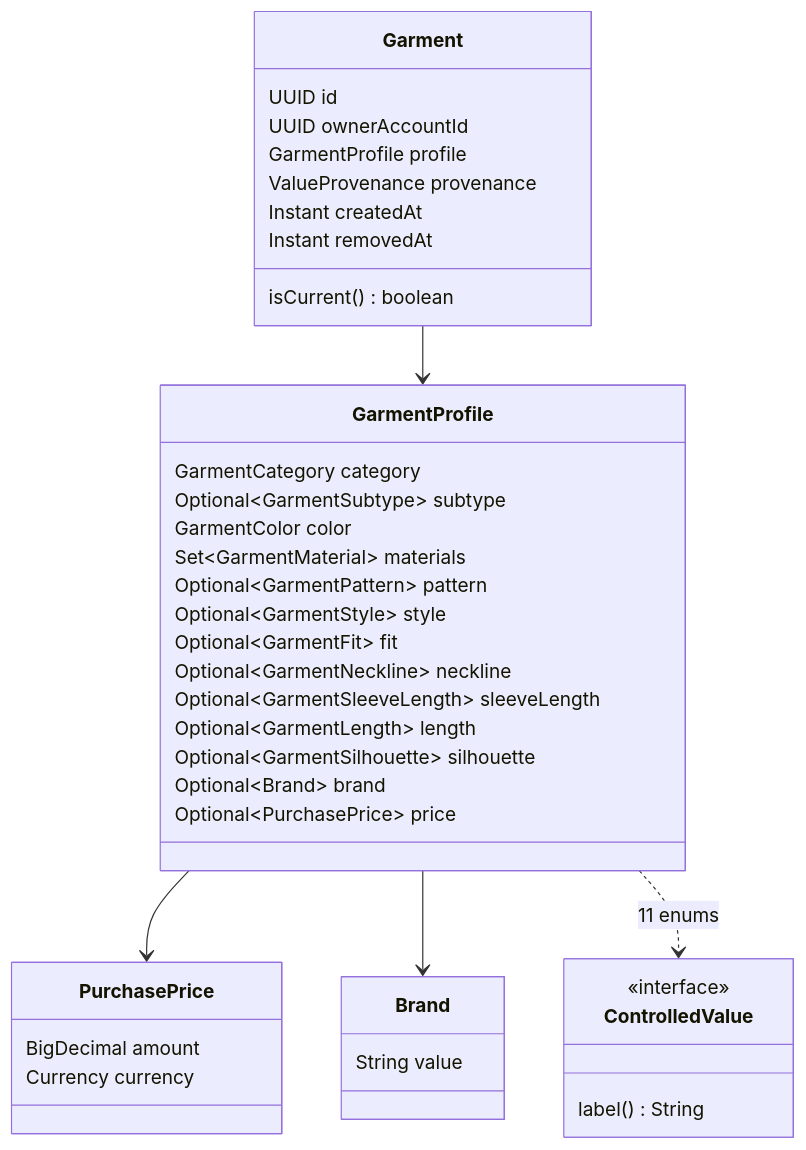
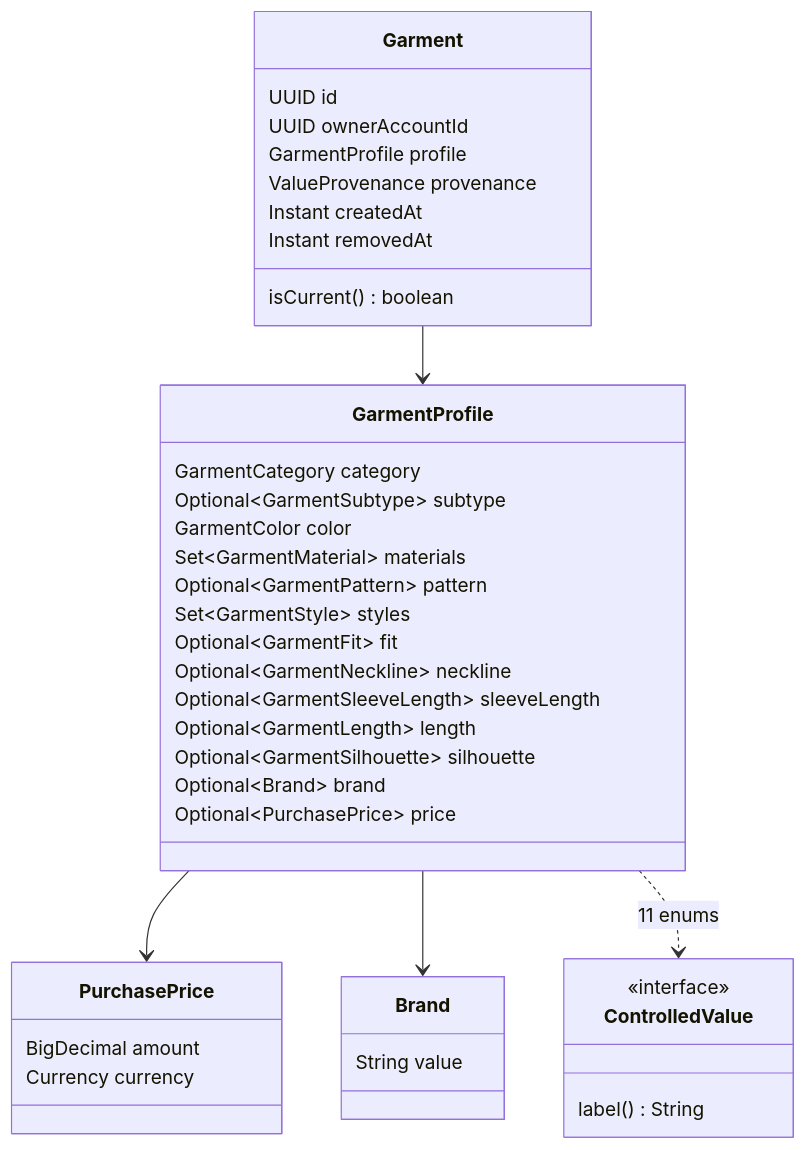
Before and after one commit to luubinhdeptrai/CapsuleAI: the fourth of 6 diagrams in docs/06-scrum/sprints/sprint-02/implementation-guides/shared-architecture.md, drawn with Mermaid. The commit also changed other lines of this file and 21 other files, not shown here.

````diff
--- a/docs/06-scrum/sprints/sprint-02/implementation-guides/shared-architecture.md
+++ b/docs/06-scrum/sprints/sprint-02/implementation-guides/shared-architecture.md
@@ -269,42 +293,42 @@
 ```mermaid
 classDiagram
     class Garment {
         UUID id
         UUID ownerAccountId
         GarmentProfile profile
         ValueProvenance provenance
         Instant createdAt
         Instant removedAt
         isCurrent() boolean
     }
     class GarmentProfile {
         GarmentCategory category
         Optional~GarmentSubtype~ subtype
         GarmentColor color
         Set~GarmentMaterial~ materials
         Optional~GarmentPattern~ pattern
-        Optional~GarmentStyle~ style
+        Set~GarmentStyle~ styles
         Optional~GarmentFit~ fit
         Optional~GarmentNeckline~ neckline
         Optional~GarmentSleeveLength~ sleeveLength
         Optional~GarmentLength~ length
         Optional~GarmentSilhouette~ silhouette
         Optional~Brand~ brand
         Optional~PurchasePrice~ price
     }
     class ControlledValue {
         <<interface>>
         label() String
     }
     class PurchasePrice {
         BigDecimal amount
         Currency currency
     }
     class Brand {
         String value
     }
     Garment --> GarmentProfile
     GarmentProfile --> PurchasePrice
     GarmentProfile --> Brand
     GarmentProfile ..> ControlledValue : 11 enums
 ```
````
